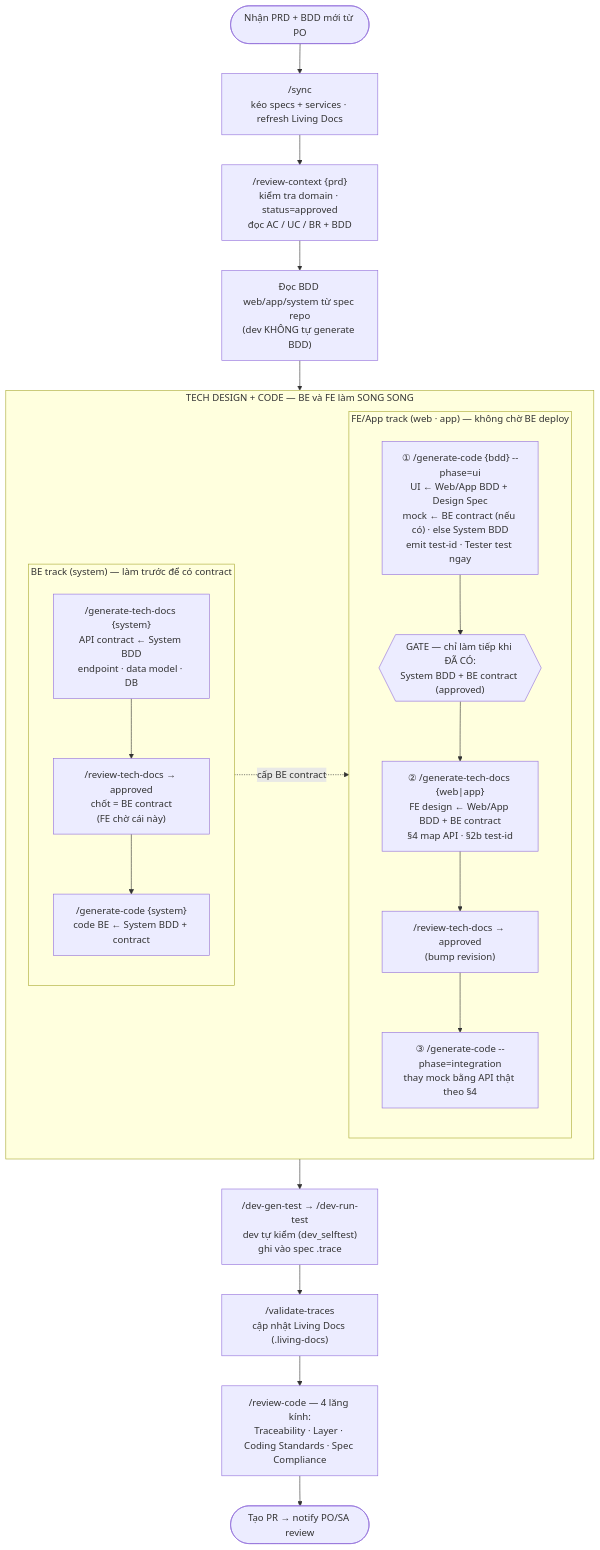
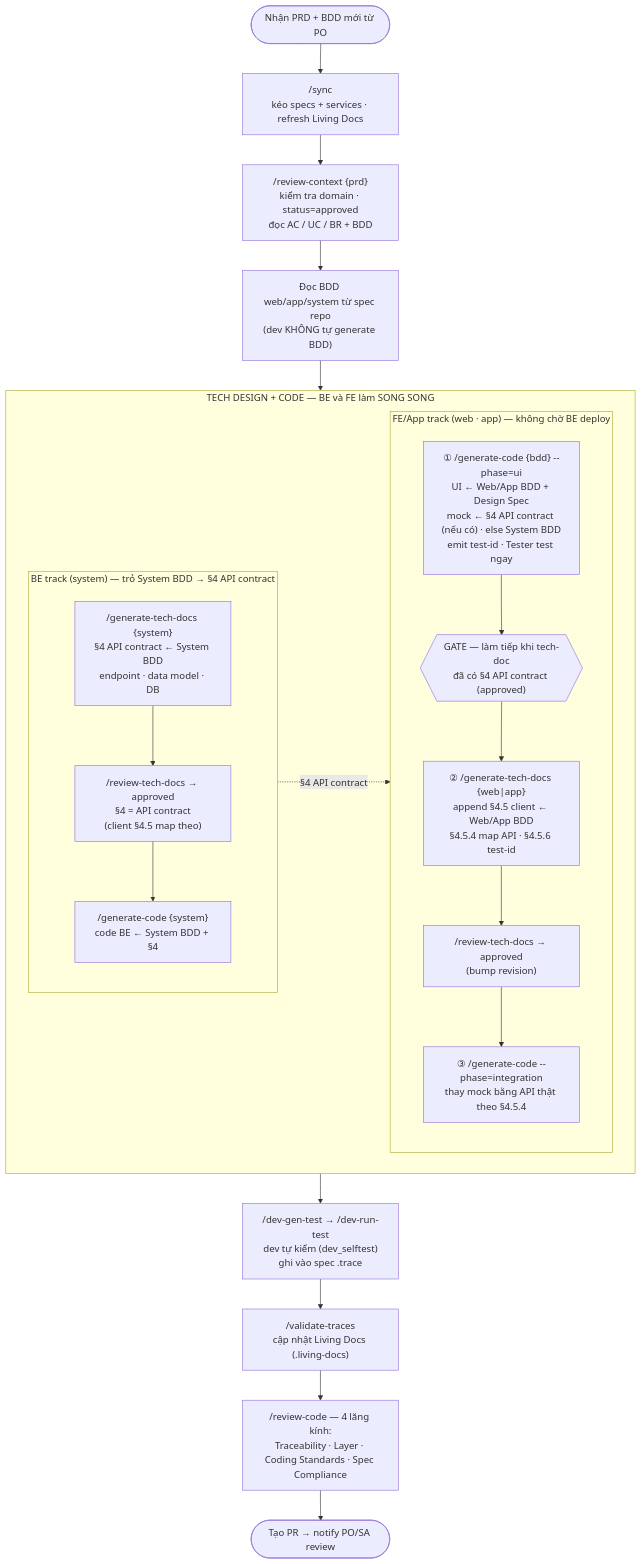
The diagram in docs/02-guides/developer/workflow.md (edupia-tutor/spec-driven-docs-guideline), drawn with Mermaid before and after one commit. The commit also changed other lines of this file and 57 other files, not shown here.

````diff
--- a/docs/02-guides/developer/workflow.md
+++ b/docs/02-guides/developer/workflow.md
@@ -7,26 +7,26 @@
 ```mermaid
 flowchart TD
     A([Nhận PRD + BDD mới từ PO]) --> B["/sync<br/>kéo specs + services · refresh Living Docs"]
     B --> C["/review-context {prd}<br/>kiểm tra domain · status=approved<br/>đọc AC / UC / BR + BDD"]
     C --> D["Đọc BDD web/app/system từ spec repo<br/>(dev KHÔNG tự generate BDD)"]
     D --> TD
 
     subgraph TD["TECH DESIGN + CODE — BE và FE làm SONG SONG"]
       direction LR
-      subgraph BE["BE track (system) — làm trước để có contract"]
+      subgraph BE["BE track (system) — trỏ System BDD → §4 API contract"]
         direction TB
-        BE1["/generate-tech-docs {system}<br/>API contract ← System BDD<br/>endpoint · data model · DB"] --> BE2["/review-tech-docs → approved<br/>chốt = BE contract<br/>(FE chờ cái này)"] --> BE3["/generate-code {system}<br/>code BE ← System BDD + contract"]
+        BE1["/generate-tech-docs {system}<br/>§4 API contract ← System BDD<br/>endpoint · data model · DB"] --> BE2["/review-tech-docs → approved<br/>§4 = API contract<br/>(client §4.5 map theo)"] --> BE3["/generate-code {system}<br/>code BE ← System BDD + §4"]
       end
       subgraph FE["FE/App track (web · app) — không chờ BE deploy"]
         direction TB
-        FE1["① /generate-code {bdd} --phase=ui<br/>UI ← Web/App BDD + Design Spec<br/>mock ← BE contract (nếu có) · else System BDD<br/>emit test-id · Tester test ngay"] --> GATE{{"GATE — chỉ làm tiếp khi ĐÃ CÓ:<br/>System BDD + BE contract (approved)"}}
-        GATE --> FE2["② /generate-tech-docs {web|app}<br/>FE design ← Web/App BDD + BE contract<br/>§4 map API · §2b test-id"] --> FE2b["/review-tech-docs → approved<br/>(bump revision)"] --> FE3["③ /generate-code --phase=integration<br/>thay mock bằng API thật theo §4"]
+        FE1["① /generate-code {bdd} --phase=ui<br/>UI ← Web/App BDD + Design Spec<br/>mock ← §4 API contract (nếu có) · else System BDD<br/>emit test-id · Tester test ngay"] --> GATE{{"GATE — làm tiếp khi tech-doc<br/>đã có §4 API contract (approved)"}}
+        GATE --> FE2["② /generate-tech-docs {web|app}<br/>append §4.5 client ← Web/App BDD<br/>§4.5.4 map API · §4.5.6 test-id"] --> FE2b["/review-tech-docs → approved<br/>(bump revision)"] --> FE3["③ /generate-code --phase=integration<br/>thay mock bằng API thật theo §4.5.4"]
       end
-      BE2 -. "cấp BE contract" .-> GATE
+      BE2 -. "§4 API contract" .-> GATE
     end
 
     TD --> E["/dev-gen-test → /dev-run-test<br/>dev tự kiểm (dev_selftest)<br/>ghi vào spec .trace"]
     E --> F["/validate-traces<br/>cập nhật Living Docs (.living-docs)"]
     F --> G["/review-code — 4 lăng kính:<br/>Traceability · Layer · Coding Standards · Spec Compliance"]
     G --> H([Tạo PR → notify PO/SA review])
 ```
````
